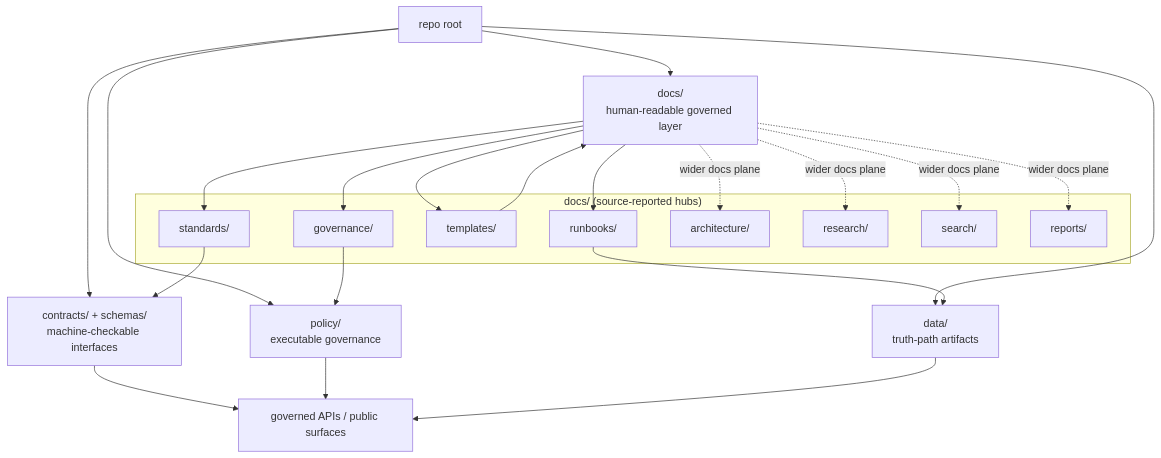
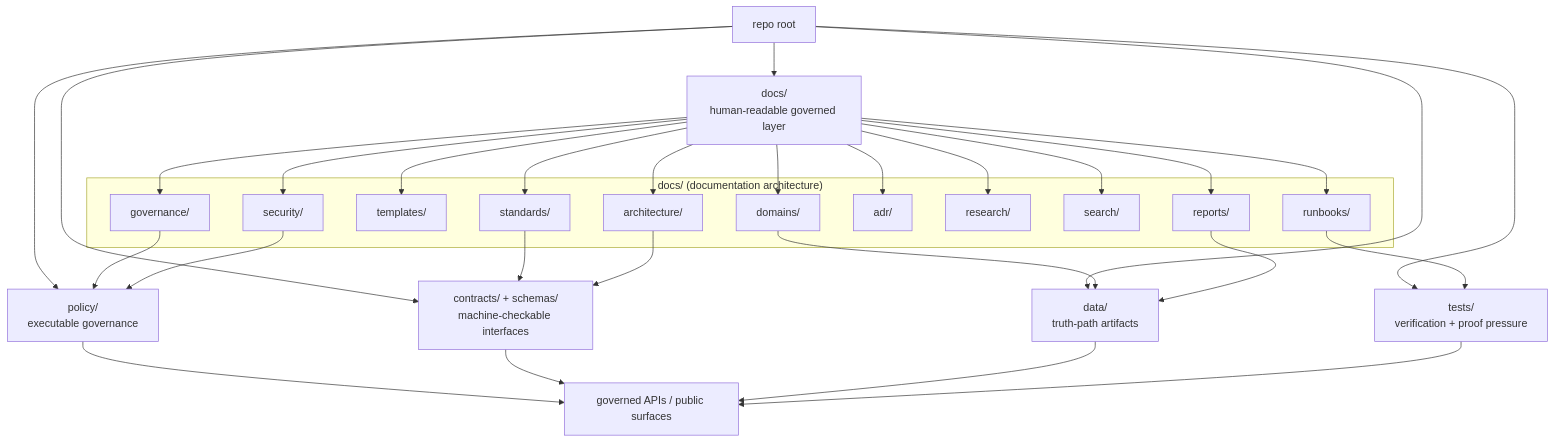
The diagram in docs/README.md (bartytime4life/Kansas-Frontier-Matrix), drawn with Mermaid before and after one commit. The commit also changed other lines of this file, not shown here.

````diff
--- a/docs/README.md
+++ b/docs/README.md
@@ -211,36 +223,47 @@
 ```mermaid
 flowchart TD
     ROOT["repo root"] --> DOCS["docs/<br/>human-readable governed layer"]
     ROOT --> CONTRACTS["contracts/ + schemas/<br/>machine-checkable interfaces"]
     ROOT --> POLICY["policy/<br/>executable governance"]
     ROOT --> DATA["data/<br/>truth-path artifacts"]
+    ROOT --> TESTS["tests/<br/>verification + proof pressure"]
 
-    subgraph D["docs/ (source-reported hubs)"]
+    subgraph D["docs/ (documentation architecture)"]
         GOV["governance/"]
         STD["standards/"]
         TMP["templates/"]
         RUN["runbooks/"]
         ARCH["architecture/"]
+        DOM["domains/"]
+        ADR["adr/"]
         RES["research/"]
         SRCH["search/"]
+        SEC["security/"]
         RPT["reports/"]
     end
 
     DOCS --> GOV
     DOCS --> STD
     DOCS --> TMP
     DOCS --> RUN
-    DOCS -. wider docs plane .-> ARCH
-    DOCS -. wider docs plane .-> RES
-    DOCS -. wider docs plane .-> SRCH
-    DOCS -. wider docs plane .-> RPT
+    DOCS --> ARCH
+    DOCS --> DOM
+    DOCS --> ADR
+    DOCS --> RES
+    DOCS --> SRCH
+    DOCS --> SEC
+    DOCS --> RPT
 
     GOV --> POLICY
     STD --> CONTRACTS
-    RUN --> DATA
-    TMP --> DOCS
+    RUN --> TESTS
+    ARCH --> CONTRACTS
+    DOM --> DATA
+    SEC --> POLICY
+    RPT --> DATA
 
-    CONTRACTS --> PUB["governed APIs / public surfaces"]
-    POLICY --> PUB
+    POLICY --> PUB["governed APIs / public surfaces"]
+    CONTRACTS --> PUB
     DATA --> PUB
+    TESTS --> PUB
 ```
````
